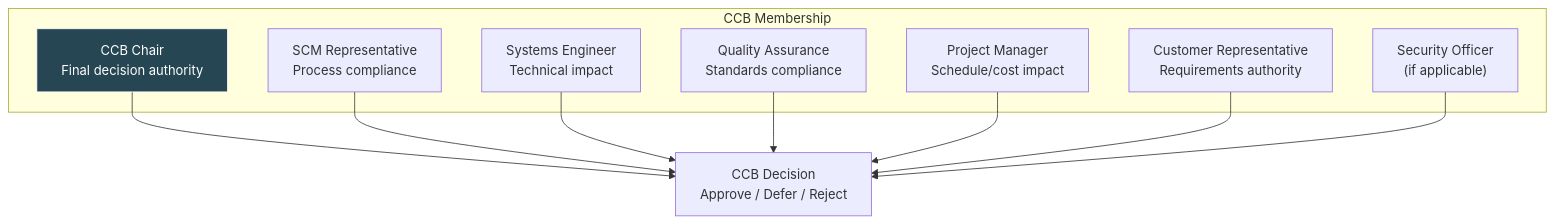
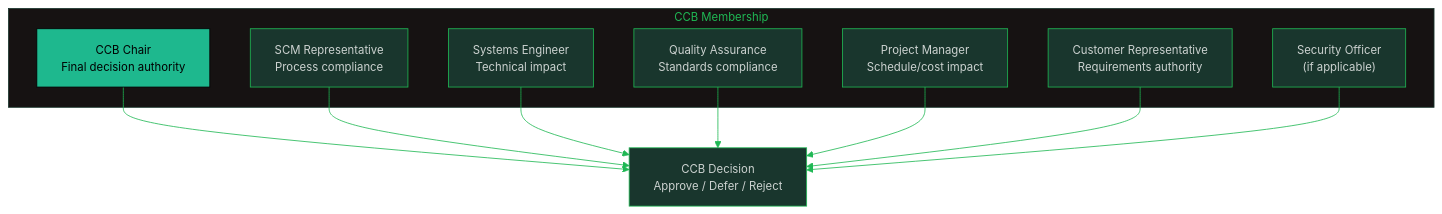
Before and after one commit to oat431/swe-knowledge: the first of 6 diagrams in software-engineering-note/08_Software_Configuration_Management/09_Change_Control_and_Compliance.md, drawn with Mermaid. The commit also changed other lines of this file and 13 other files, not shown here.

````diff
--- a/software-engineering-note/08_Software_Configuration_Management/09_Change_Control_and_Compliance.md
+++ b/software-engineering-note/08_Software_Configuration_Management/09_Change_Control_and_Compliance.md
@@ -29,22 +29,23 @@
 ```mermaid
+%%{init: {'theme':'base','themeVariables':{'primaryColor':'#19362D','primaryTextColor':'#CDD3D1','primaryBorderColor':'#1FB854','lineColor':'#1FB854','secondaryColor':'#161212','tertiaryColor':'#1B1717','background':'#1B1717','mainBkg':'#19362D','nodeBorder':'#1FB854','clusterBkg':'#161212','clusterBorder':'#19362D','titleColor':'#1FB854','edgeLabelBackground':'#161212','fontSize':'14px'}}}%%
 graph TB
     subgraph "CCB Membership"
         CHAIR["CCB Chair<br/>Final decision authority"]
         SCM_REP["SCM Representative<br/>Process compliance"]
         SYS_ENG["Systems Engineer<br/>Technical impact"]
         QA["Quality Assurance<br/>Standards compliance"]
         PM["Project Manager<br/>Schedule/cost impact"]
         CUST["Customer Representative<br/>Requirements authority"]
         SEC["Security Officer<br/>(if applicable)"]
     end
 
     CHAIR --> DECISION["CCB Decision<br/>Approve / Defer / Reject"]
     SCM_REP --> DECISION
     SYS_ENG --> DECISION
     QA --> DECISION
     PM --> DECISION
     CUST --> DECISION
     SEC --> DECISION
 
-    style CHAIR fill:#264653,stroke:#fff,color:#fff
+    style CHAIR fill:#1EB88E,stroke:#000000,color:#000000
 ```
````
